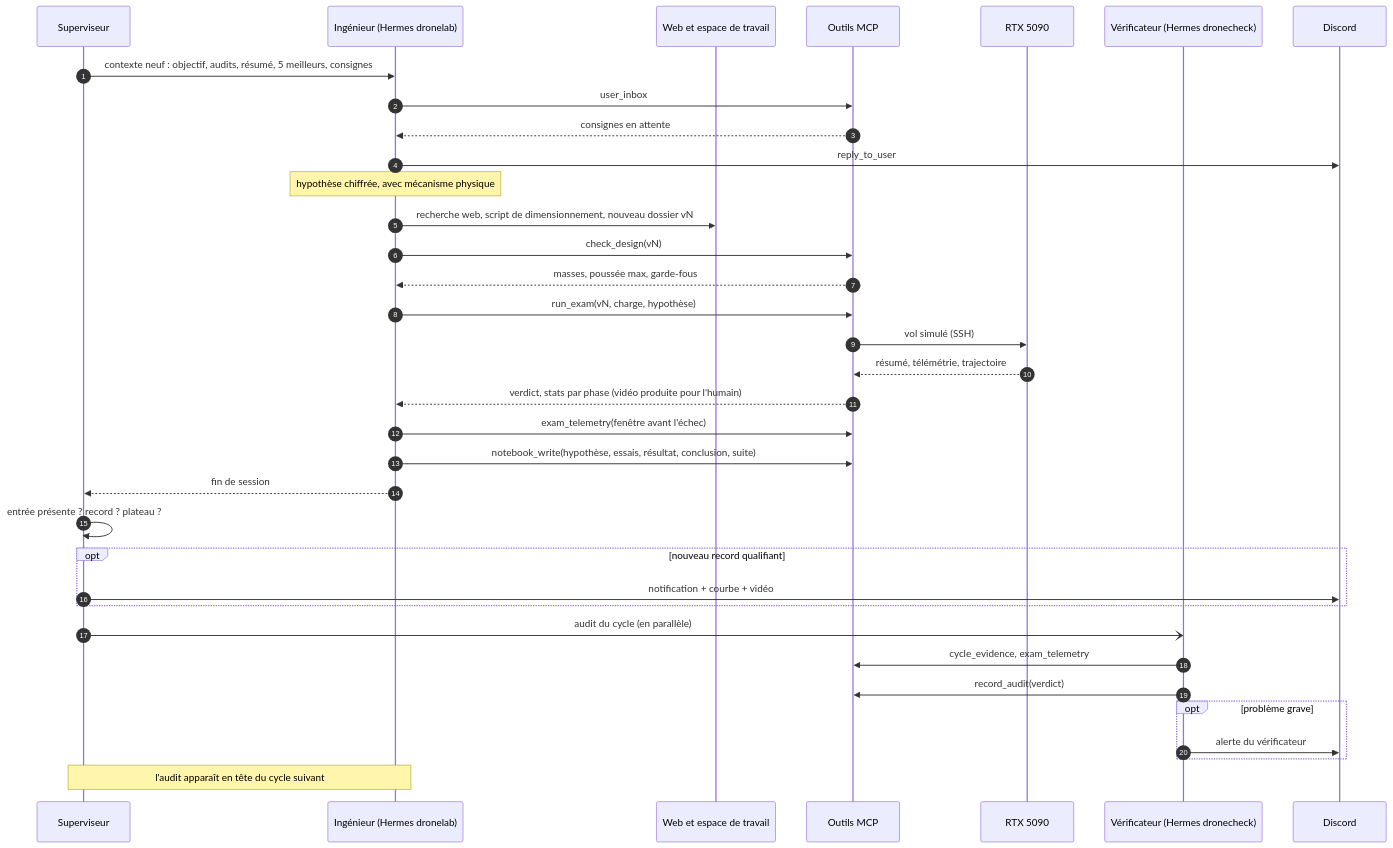
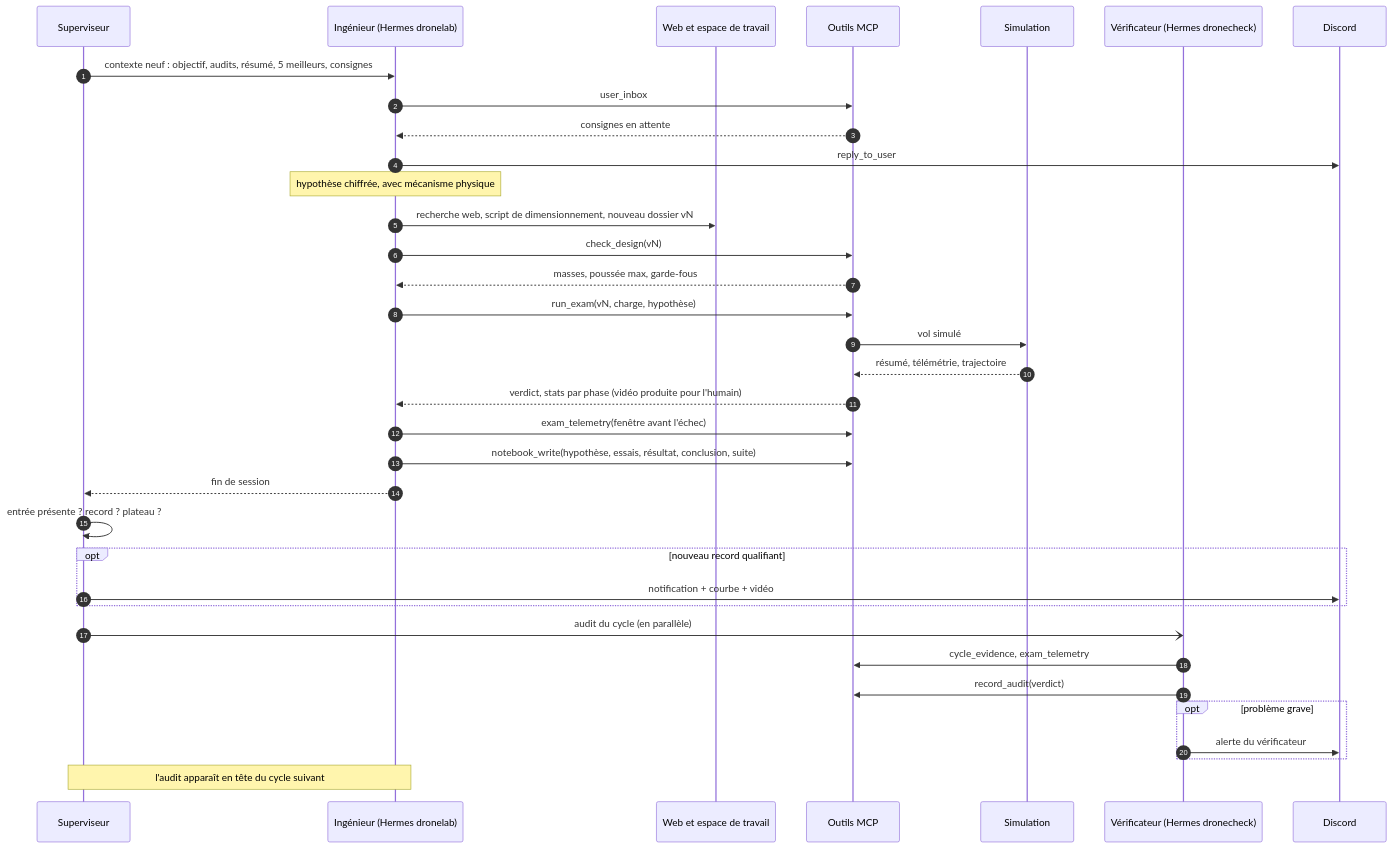
The ninth of 12 diagrams in docs/architecture.md (Gougnafier/dronelab), drawn with Mermaid before and after one commit. The commit also changed other lines of this file and 9 other files, not shown here.

````diff
--- a/docs/architecture.md
+++ b/docs/architecture.md
@@ -306,37 +306,37 @@
 ```mermaid
 sequenceDiagram
     autonumber
     participant S as Superviseur
     participant I as Ingénieur (Hermes dronelab)
     participant W as Web et espace de travail
     participant O as Outils MCP
-    participant G as RTX 5090
+    participant G as Simulation
     participant V as Vérificateur (Hermes dronecheck)
     participant U as Discord
     S->>I: contexte neuf : objectif, audits, résumé, 5 meilleurs, consignes
     I->>O: user_inbox
     O-->>I: consignes en attente
     I->>U: reply_to_user
     Note over I: hypothèse chiffrée, avec mécanisme physique
     I->>W: recherche web, script de dimensionnement, nouveau dossier vN
     I->>O: check_design(vN)
     O-->>I: masses, poussée max, garde-fous
     I->>O: run_exam(vN, charge, hypothèse)
-    O->>G: vol simulé (SSH)
+    O->>G: vol simulé
     G-->>O: résumé, télémétrie, trajectoire
     O-->>I: verdict, stats par phase (vidéo produite pour l'humain)
     I->>O: exam_telemetry(fenêtre avant l'échec)
     I->>O: notebook_write(hypothèse, essais, résultat, conclusion, suite)
     I-->>S: fin de session
     S->>S: entrée présente ? record ? plateau ?
     opt nouveau record qualifiant
         S->>U: notification + courbe + vidéo
     end
     S-)V: audit du cycle (en parallèle)
     V->>O: cycle_evidence, exam_telemetry
     V->>O: record_audit(verdict)
     opt problème grave
         V->>U: alerte du vérificateur
     end
     Note over S,I: l'audit apparaît en tête du cycle suivant
 ```
````
